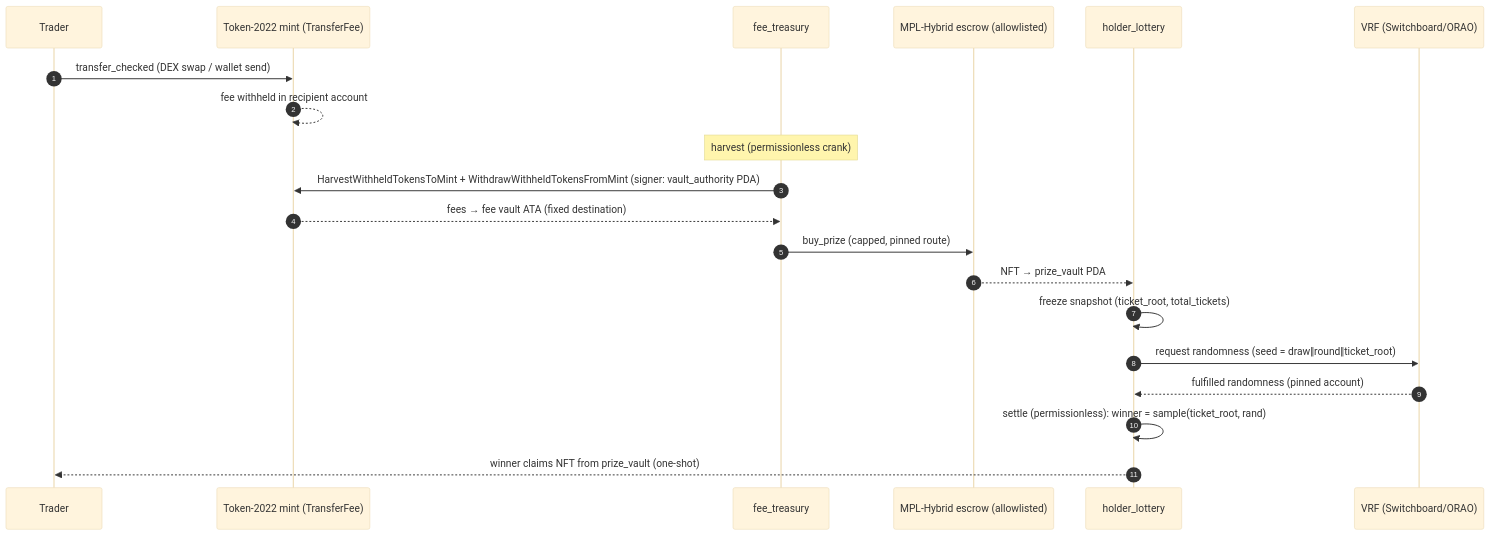
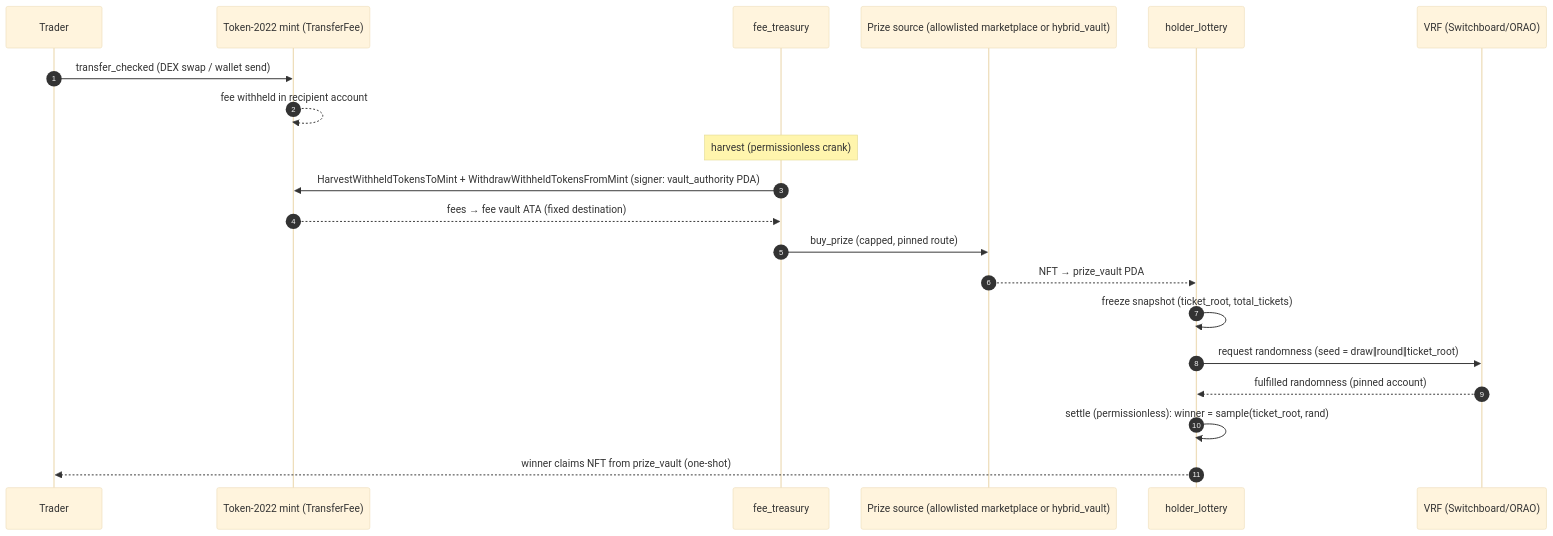
The first of 3 diagrams in docs/ARCHITECTURE.md (BartonBase/Launchpad1), drawn with Mermaid (base theme) before and after one commit. The commit also changed other lines of this file and 4 other files, not shown here.

Commit message:
docs: hybrid cosmetic-rarity design (supply check, committed traits + VRF permutation, hybrid_vault FIFO VRF selection, re-roll fees); ADR-004 accepted by Barton; ADR-008 proposed; threat model T-HV-*

````diff
--- a/docs/ARCHITECTURE.md
+++ b/docs/ARCHITECTURE.md
@@ -105,22 +110,22 @@
 ```mermaid
 sequenceDiagram
     autonumber
     participant T as Trader
     participant M as Token-2022 mint (TransferFee)
     participant FT as fee_treasury
-    participant MH as MPL-Hybrid escrow (allowlisted)
+    participant MH as Prize source (allowlisted marketplace or hybrid_vault)
     participant HL as holder_lottery
     participant V as VRF (Switchboard/ORAO)
     T->>M: transfer_checked (DEX swap / wallet send)
     M-->>M: fee withheld in recipient account
     Note over FT: harvest (permissionless crank)
     FT->>M: HarvestWithheldTokensToMint + WithdrawWithheldTokensFromMint (signer: vault_authority PDA)
     M-->>FT: fees → fee vault ATA (fixed destination)
     FT->>MH: buy_prize (capped, pinned route)
     MH-->>HL: NFT → prize_vault PDA
     HL->>HL: freeze snapshot (ticket_root, total_tickets)
     HL->>V: request randomness (seed = draw‖round‖ticket_root)
     V-->>HL: fulfilled randomness (pinned account)
     HL->>HL: settle (permissionless): winner = sample(ticket_root, rand)
     HL-->>T: winner claims NFT from prize_vault (one-shot)
 ```
````
